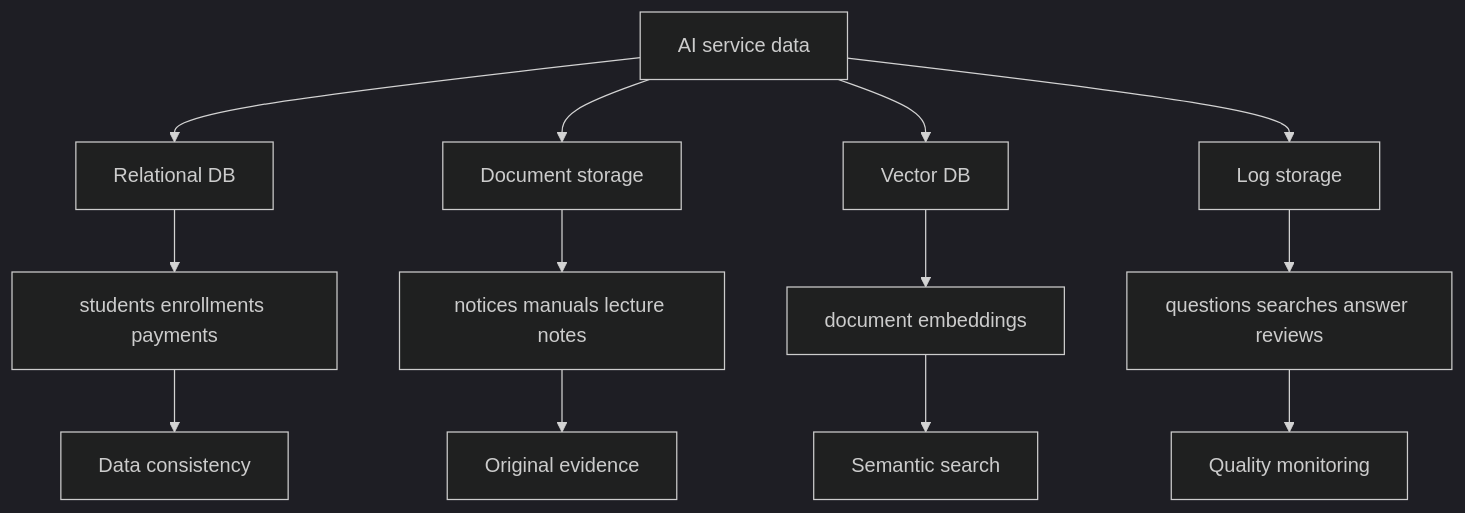
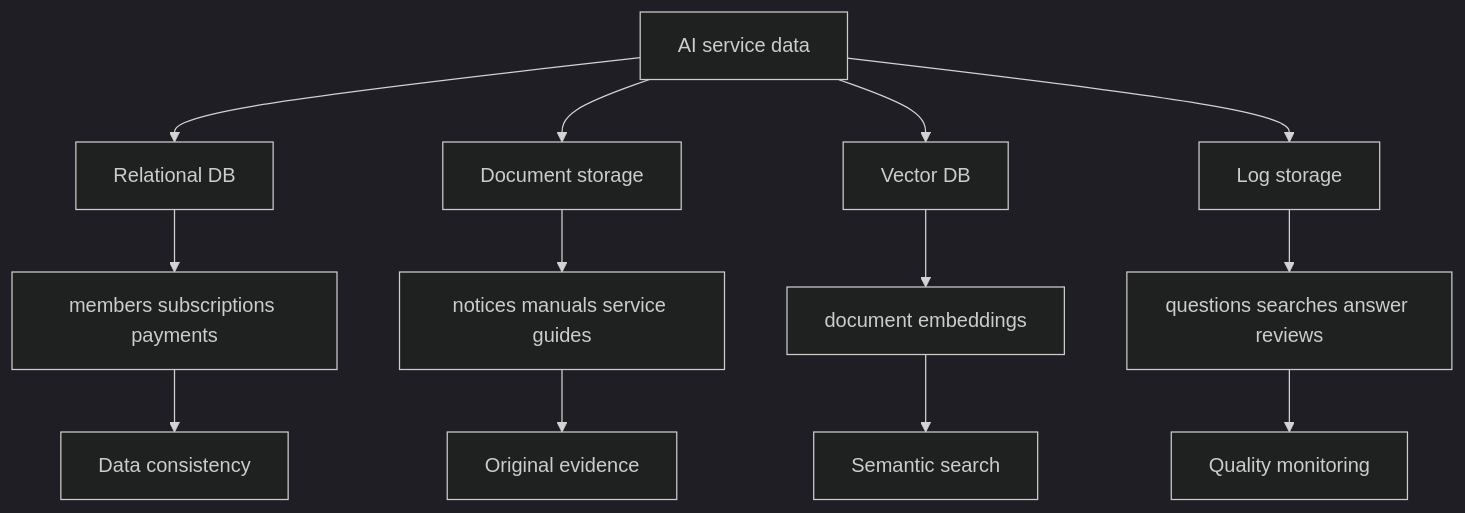
Before and after one commit to GilbertMoon/ai-database-book: the diagram in images/chapter14/ch14_08_db_role_separation.mmd, drawn with Mermaid (dark theme). The commit also changed 82 other files, not shown here.

```diff
--- a/images/chapter14/ch14_08_db_role_separation.mmd
+++ b/images/chapter14/ch14_08_db_role_separation.mmd
@@ -1,15 +1,15 @@
 flowchart TB
     A[AI service data] --> B[Relational DB]
     A --> C[Document storage]
     A --> D[Vector DB]
     A --> E[Log storage]
 
-    B --> B1[students enrollments payments]
-    C --> C1[notices manuals lecture notes]
+    B --> B1[members subscriptions payments]
+    C --> C1[notices manuals service guides]
     D --> D1[document embeddings]
     E --> E1[questions searches answer reviews]
 
     B1 --> F[Data consistency]
     C1 --> G[Original evidence]
     D1 --> H[Semantic search]
     E1 --> I[Quality monitoring]
```
